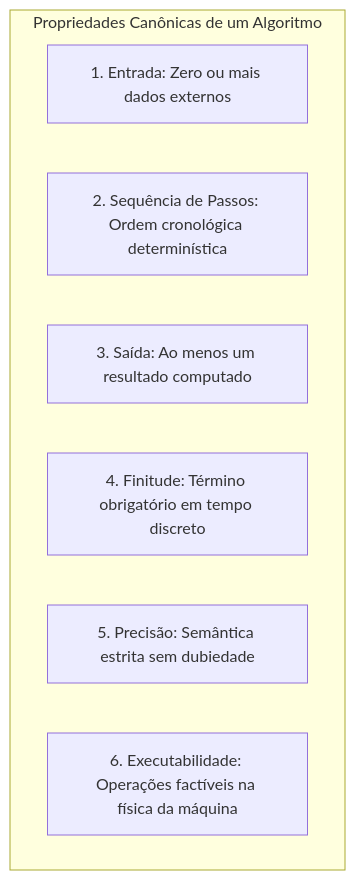
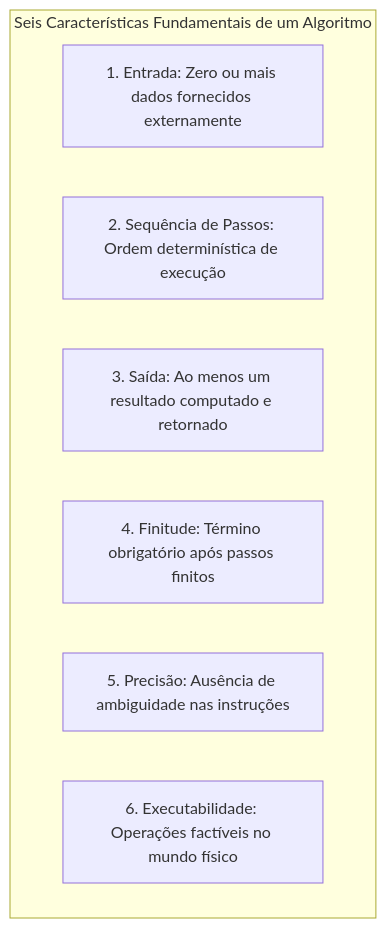
The second of 22 diagrams in 4º Semestre/[Prof. Wesley Soares] Estrutura de Dados I/Resumos-IA/Caderno-Consolidado.md (murilolol/unifef), drawn with Mermaid before and after one commit. The commit also changed other lines of this file and 25 other files, not shown here.

````diff
--- a/4º Semestre/[Prof. Wesley Soares] Estrutura de Dados I/Resumos-IA/Caderno-Consolidado.md
+++ b/4º Semestre/[Prof. Wesley Soares] Estrutura de Dados I/Resumos-IA/Caderno-Consolidado.md
@@ -158,11 +155,11 @@
 ```mermaid
 flowchart TD
-    subgraph Caracteristicas["Propriedades Canônicas de um Algoritmo"]
-        C1["1. Entrada: Zero ou mais dados externos"]
-        C2["2. Sequência de Passos: Ordem cronológica determinística"]
-        C3["3. Saída: Ao menos um resultado computado"]
-        C4["4. Finitude: Término obrigatório em tempo discreto"]
-        C5["5. Precisão: Semântica estrita sem dubiedade"]
-        C6["6. Executabilidade: Operações factíveis na física da máquina"]
+    subgraph Caracteristicas["Seis Características Fundamentais de um Algoritmo"]
+        C1["1. Entrada: Zero ou mais dados fornecidos externamente"]
+        C2["2. Sequência de Passos: Ordem determinística de execução"]
+        C3["3. Saída: Ao menos um resultado computado e retornado"]
+        C4["4. Finitude: Término obrigatório após passos finitos"]
+        C5["5. Precisão: Ausência de ambiguidade nas instruções"]
+        C6["6. Executabilidade: Operações factíveis no mundo físico"]
     end
 ```
````
